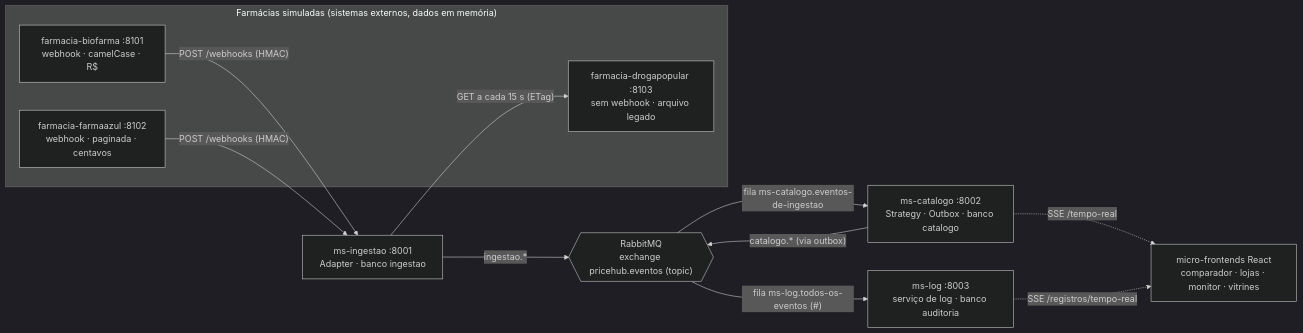
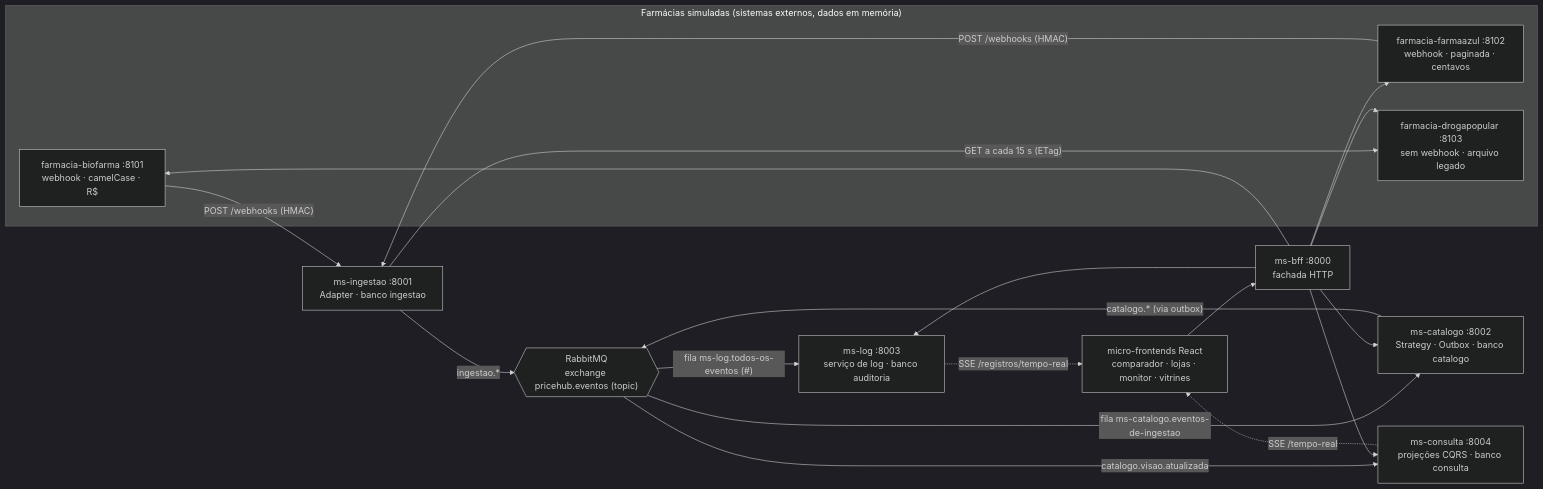
One commit to joaoramosw/PriceHub-backend changed the diagram in README.md. Above: the diagram before and after it, drawn with Mermaid (dark theme). The commit also changed other lines of this file and 37 other files, not shown here.

First line of the commit message:
feat(arquitetura): integra BFF, consulta e fluxo demonstrável

````diff
--- a/README.md
+++ b/README.md
@@ -78,21 +78,29 @@
 ```mermaid
 flowchart LR
   subgraph Externos["Farmácias simuladas (sistemas externos, dados em memória)"]
     BIO["farmacia-biofarma :8101<br/>webhook · camelCase · R$"]
     AZUL["farmacia-farmaazul :8102<br/>webhook · paginada · centavos"]
     POP["farmacia-drogapopular :8103<br/>sem webhook · arquivo legado"]
   end
 
   BIO -- "POST /webhooks (HMAC)" --> ING
   AZUL -- "POST /webhooks (HMAC)" --> ING
   ING -- "GET a cada 15 s (ETag)" --> POP
 
   ING["ms-ingestao :8001<br/>Adapter · banco ingestao"]
   ING -- "ingestao.*" --> MQ{{"RabbitMQ<br/>exchange pricehub.eventos (topic)"}}
   MQ -- "fila ms-catalogo.eventos-de-ingestao" --> CAT["ms-catalogo :8002<br/>Strategy · Outbox · banco catalogo"]
   CAT -- "catalogo.* (via outbox)" --> MQ
   MQ -- "fila ms-log.todos-os-eventos (#)" --> LOG["ms-log :8003<br/>serviço de log · banco auditoria"]
 
-  CAT -. "SSE /tempo-real" .-> WEB["micro-frontends React<br/>comparador · lojas · monitor · vitrines"]
+  MQ -- "catalogo.visao.atualizada" --> QRY["ms-consulta :8004<br/>projeções CQRS · banco consulta"]
+  WEB["micro-frontends React<br/>comparador · lojas · monitor · vitrines"] --> BFF["ms-bff :8000<br/>fachada HTTP"]
+  BFF --> QRY
+  BFF --> CAT
+  BFF --> LOG
+  BFF --> BIO
+  BFF --> AZUL
+  BFF --> POP
+  QRY -. "SSE /tempo-real" .-> WEB
   LOG -. "SSE /registros/tempo-real" .-> WEB
 ```
````
